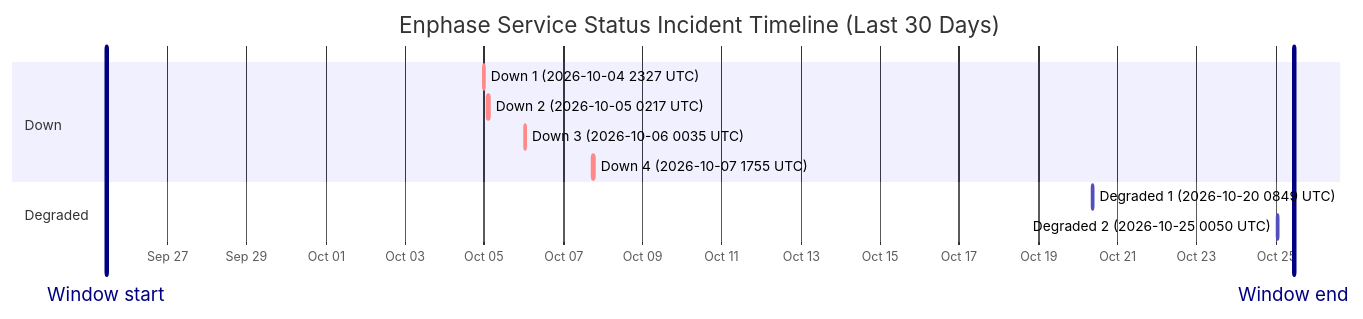
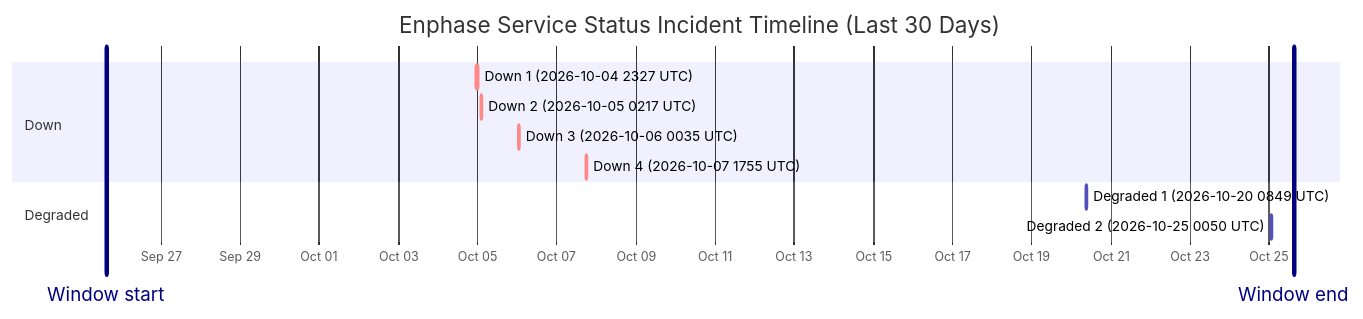
One commit to barneyonline/ha-enphase-energy changed the diagram in wiki/Service-Status-History.md. Above: the diagram before and after it, drawn with Mermaid. The commit also changed other lines of this file and 3 other files, not shown here.

````diff
--- a/wiki/Service-Status-History.md
+++ b/wiki/Service-Status-History.md
@@ -14,16 +14,16 @@
 ```mermaid
 gantt
     title Enphase Service Status Incident Timeline (Last 30 Days)
     dateFormat  YYYY-MM-DDTHH:mm:ss
     axisFormat  %b %d
-    Window start :vert, window-start, 2026-09-25T10:45:43, 0ms
-    Window end :vert, window-end, 2026-10-25T10:45:43, 0ms
+    Window start :vert, window-start, 2026-09-25T14:48:51, 0ms
+    Window end :vert, window-end, 2026-10-25T14:48:51, 0ms
     section Down
     Down 1 (2026-10-04 2327 UTC) :crit, down-1, 2026-10-04T23:27:34, 60m
     Down 2 (2026-10-05 0217 UTC) :crit, down-2, 2026-10-05T02:17:30, 60m
     Down 3 (2026-10-06 0035 UTC) :crit, down-3, 2026-10-06T00:35:21, 60m
     Down 4 (2026-10-07 1755 UTC) :crit, down-4, 2026-10-07T17:55:16, 60m
     section Degraded
     Degraded 1 (2026-10-20 0849 UTC) :active, degraded-1, 2026-10-20T08:49:49, 60m
     Degraded 2 (2026-10-25 0050 UTC) :active, degraded-2, 2026-10-25T00:50:01, 60m
 ```
````
